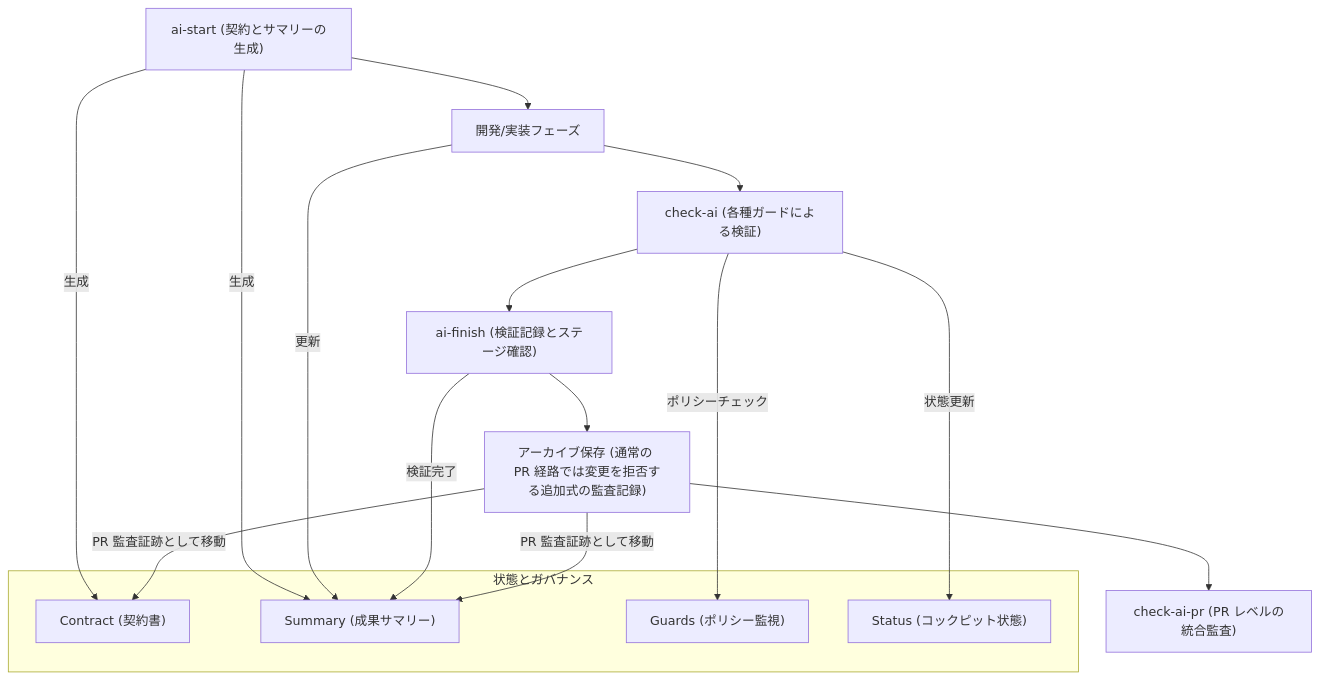
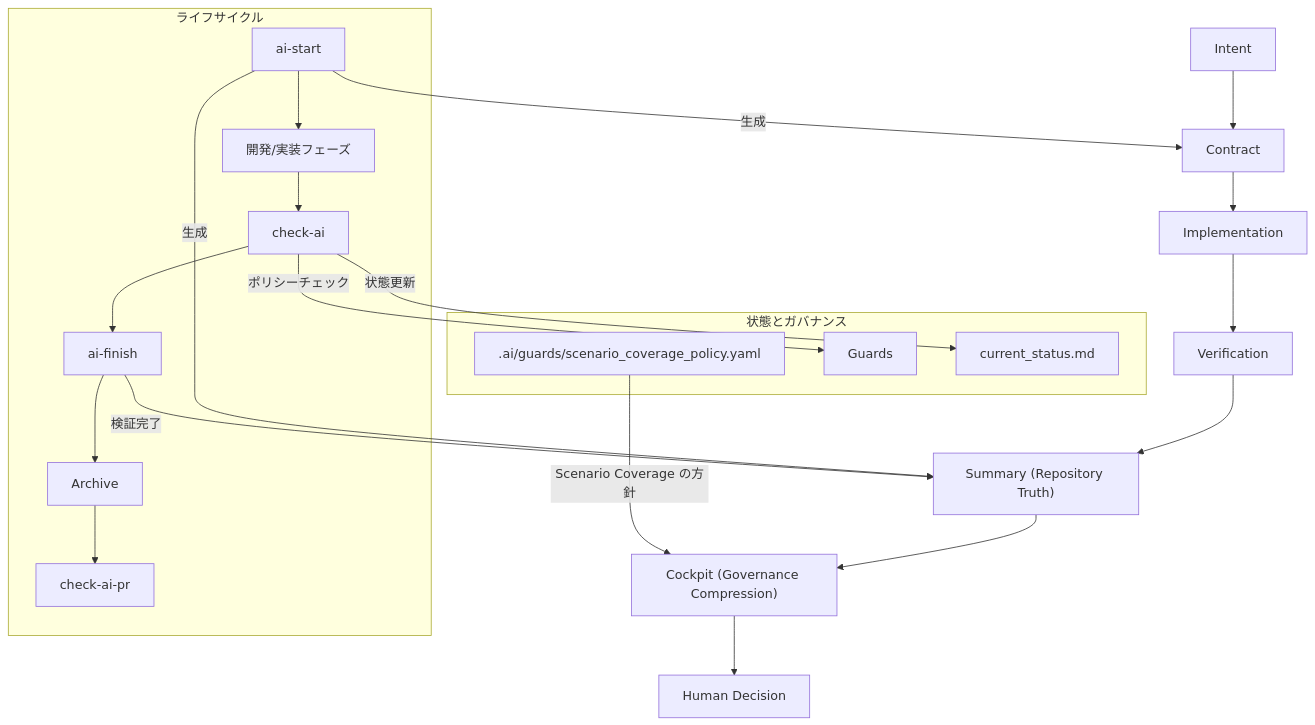
The diagram in docs/architecture.md (xinglun/ai-cockpit-template), drawn with Mermaid before and after one commit. The commit also changed other lines of this file and 10 other files, not shown here.

Commit message:
Sync V2.6 docs and cockpit status

````diff
--- a/docs/architecture.md
+++ b/docs/architecture.md
@@ -20,24 +20,30 @@
 ```mermaid
 graph TD
-    Start["ai-start (契約とサマリーの生成)"] --> Dev["開発/実装フェーズ"]
-    Dev --> Check["check-ai (各種ガードによる検証)"]
-    Check --> Finish["ai-finish (検証記録とステージ確認)"]
-    Finish --> Archive["アーカイブ保存 (通常の PR 経路では変更を拒否する追加式の監査記録)"]
-    Archive --> PR["check-ai-pr (PR レベルの統合監査)"]
+    Intent["Intent"] --> Contract["Contract"]
+    Contract --> Implementation["Implementation"]
+    Implementation --> Verification["Verification"]
+    Verification --> Summary["Summary (Repository Truth)"]
+    Summary --> Cockpit["Cockpit (Governance Compression)"]
+    Cockpit --> Human["Human Decision"]
+
+    subgraph ライフサイクル
+        Start["ai-start"] --> Dev["開発/実装フェーズ"]
+        Dev --> Check["check-ai"]
+        Check --> Finish["ai-finish"]
+        Finish --> Archive["Archive"]
+        Archive --> PR["check-ai-pr"]
+    end
 
     subgraph 状態とガバナンス
-        Contract["Contract (契約書)"]
-        Summary["Summary (成果サマリー)"]
-        Guards["Guards (ポリシー監視)"]
-        Status["Status (コックピット状態)"]
+        ScenarioPolicy[".ai/guards/scenario_coverage_policy.yaml"]
+        Guards["Guards"]
+        Status["current_status.md"]
     end
 
     Start -->|生成| Contract
     Start -->|生成| Summary
-    Dev -->|更新| Summary
     Check -->|ポリシーチェック| Guards
     Check -->|状態更新| Status
     Finish -->|検証完了| Summary
-    Archive -->|PR 監査証跡として移動| Contract
-    Archive -->|PR 監査証跡として移動| Summary
+    ScenarioPolicy -->|Scenario Coverage の方針| Cockpit
 ```
````
